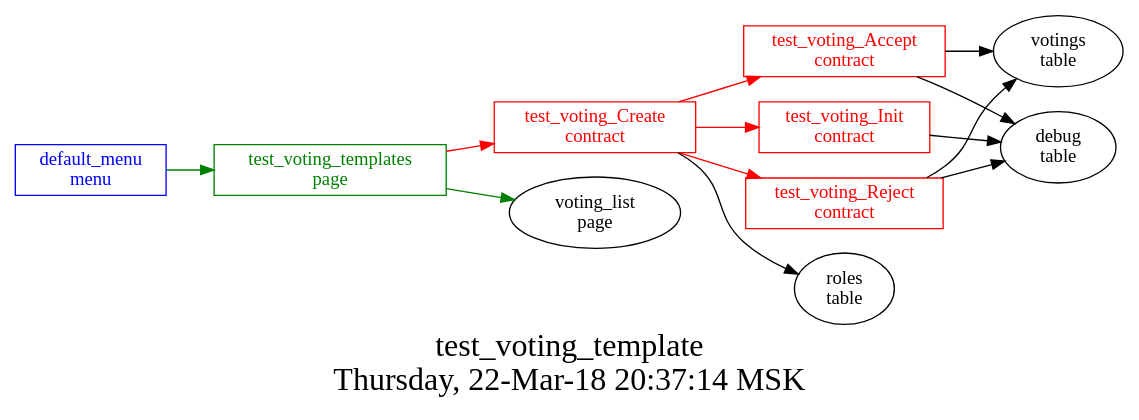
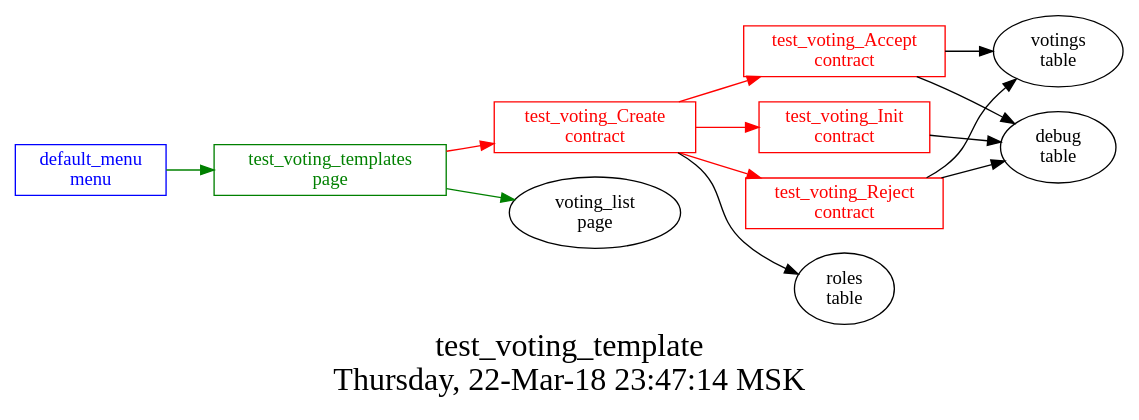
Before and after one commit to AplaProject/apps: the diagram in src/basic/basic_main/test_voting_templates/struct.dot, drawn with Graphviz. The commit also changed 3 other files, not shown here.

```diff
--- a/src/basic/basic_main/test_voting_templates/struct.dot
+++ b/src/basic/basic_main/test_voting_templates/struct.dot
@@ -1,29 +1,29 @@
 digraph G {
 graph [
   fontsize="24";
-  label="test_voting_template\nThursday, 22-Mar-18 20:37:14 MSK";
+  label="test_voting_template\nThursday, 22-Mar-18 23:47:14 MSK";
   nojustify=true;
   ordering=out;
   rankdir=LR;
   size="30";
 ];
 "default_menu\nmenu" -> "test_voting_templates\npage"  [ color=green ]
 "default_menu\nmenu" [color=blue, fontcolor=blue, group=menus, shape=record];
 "test_voting_templates\npage" -> "test_voting_Create\ncontract"  [ color=red ]
 "test_voting_templates\npage" -> "voting_list\npage"  [ color=green ]
 "test_voting_templates\npage" [color=green, fontcolor=green, group=pages, shape=record];
 "test_voting_Accept\ncontract" -> "votings\ntable"  [ color="" ]
 "test_voting_Accept\ncontract" -> "debug\ntable"  [ color="" ]
 "test_voting_Accept\ncontract" [color=red, fontcolor=red, group=contracts, shape=record];
 "test_voting_Create\ncontract" -> "test_voting_Accept\ncontract"  [ color=red ]
 "test_voting_Create\ncontract" -> "test_voting_Init\ncontract"  [ color=red ]
 "test_voting_Create\ncontract" -> "test_voting_Reject\ncontract"  [ color=red ]
 "test_voting_Create\ncontract" -> "roles\ntable"  [ color="" ]
 "test_voting_Create\ncontract" [color=red, fontcolor=red, group=contracts, shape=record];
 "test_voting_Init\ncontract" -> "debug\ntable"  [ color="" ]
 "test_voting_Init\ncontract" [color=red, fontcolor=red, group=contracts, shape=record];
 "test_voting_Reject\ncontract" -> "votings\ntable"  [ color="" ]
 "test_voting_Reject\ncontract" -> "debug\ntable"  [ color="" ]
 "test_voting_Reject\ncontract" [color=red, fontcolor=red, group=contracts, shape=record];
 "debug\ntable" [color="", fontcolor="", group=tables, shape=""];
 }
```
